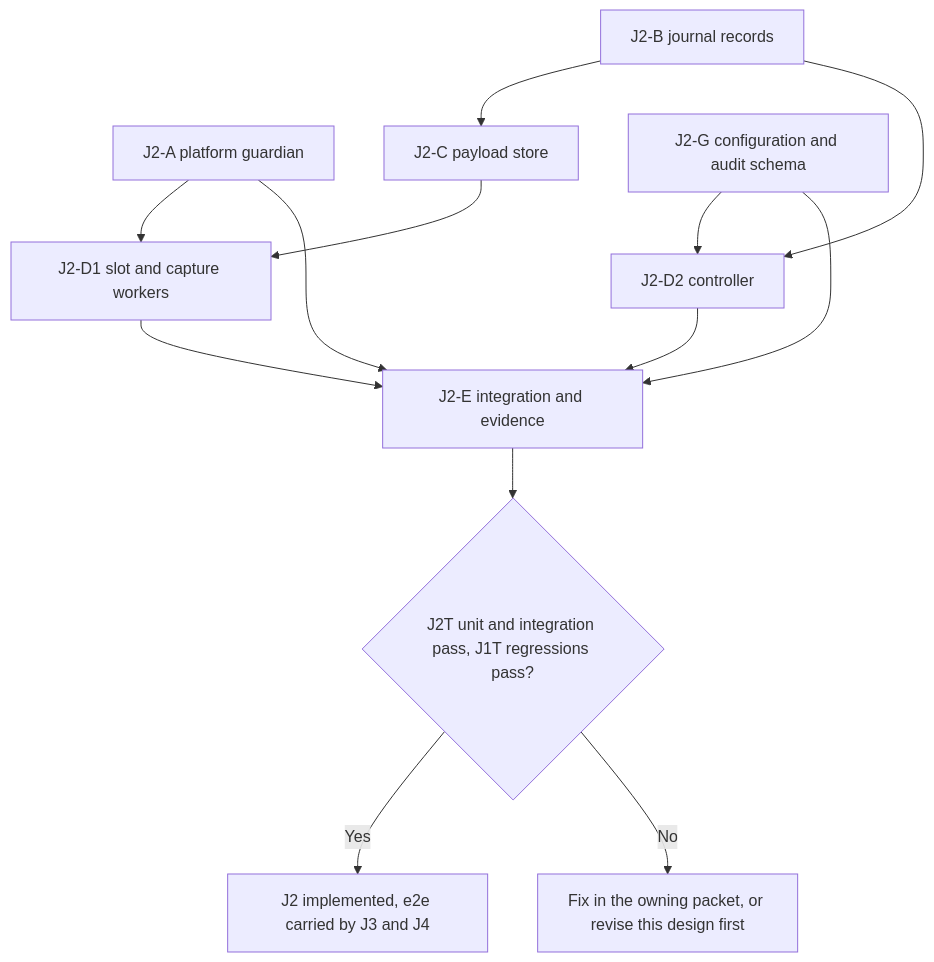
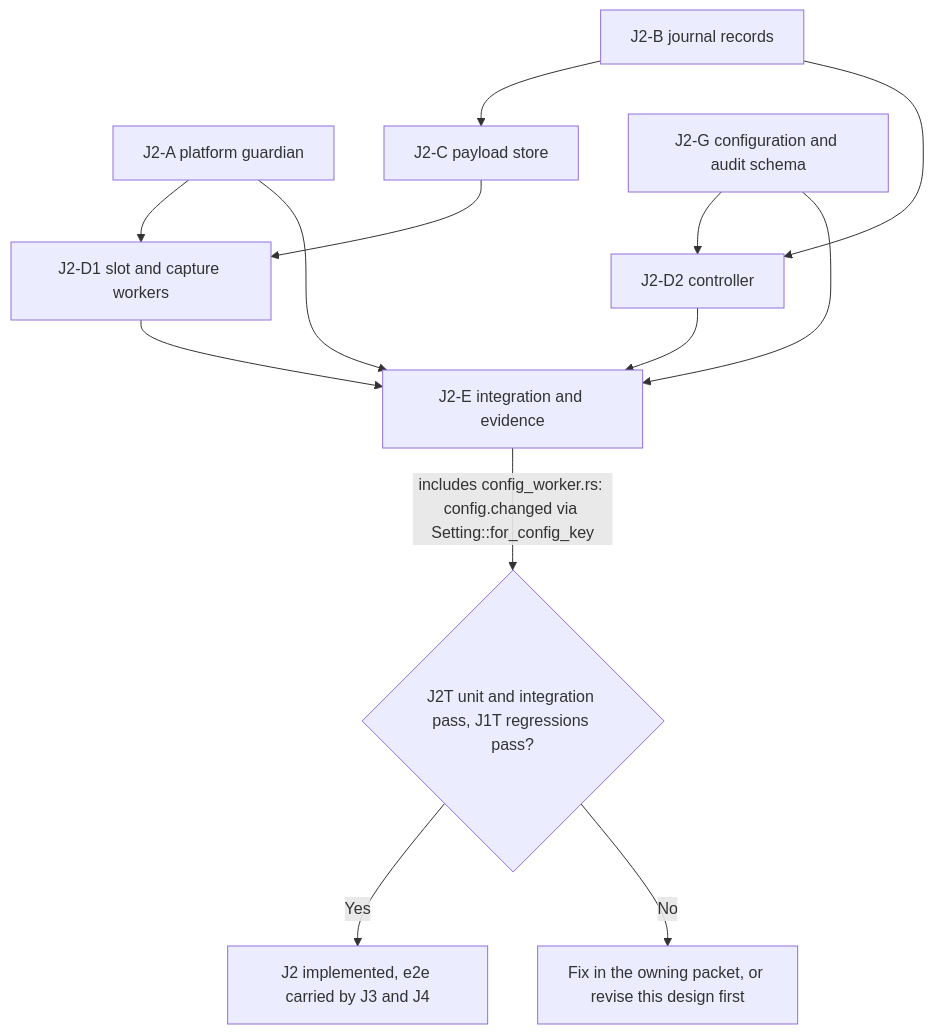
Diagram 15 of 23 in docs/designs/tool-job-controller.md (pidster/asura), drawn with Mermaid before and after one commit. The commit also changed other lines of this file and 12 other files, not shown here.

````diff
--- a/docs/designs/tool-job-controller.md
+++ b/docs/designs/tool-job-controller.md
@@ -3056,15 +3098,15 @@
 ```mermaid
 flowchart TD
     A["J2-A platform guardian"] --> D1["J2-D1 slot and capture workers"]
     B["J2-B journal records"] --> C["J2-C payload store"]
     C --> D1
     B --> D2["J2-D2 controller"]
     G["J2-G configuration and audit schema"] --> D2
     D1 --> E["J2-E integration and evidence"]
     D2 --> E
     A --> E
     G --> E
-    E --> Gate{"J2T unit and integration pass, J1T regressions pass?"}
+    E -->|"includes config_worker.rs: config.changed via Setting::for_config_key"| Gate{"J2T unit and integration pass, J1T regressions pass?"}
     Gate -->|Yes| Done["J2 implemented, e2e carried by J3 and J4"]
     Gate -->|No| Fix["Fix in the owning packet, or revise this design first"]
 ```
````
